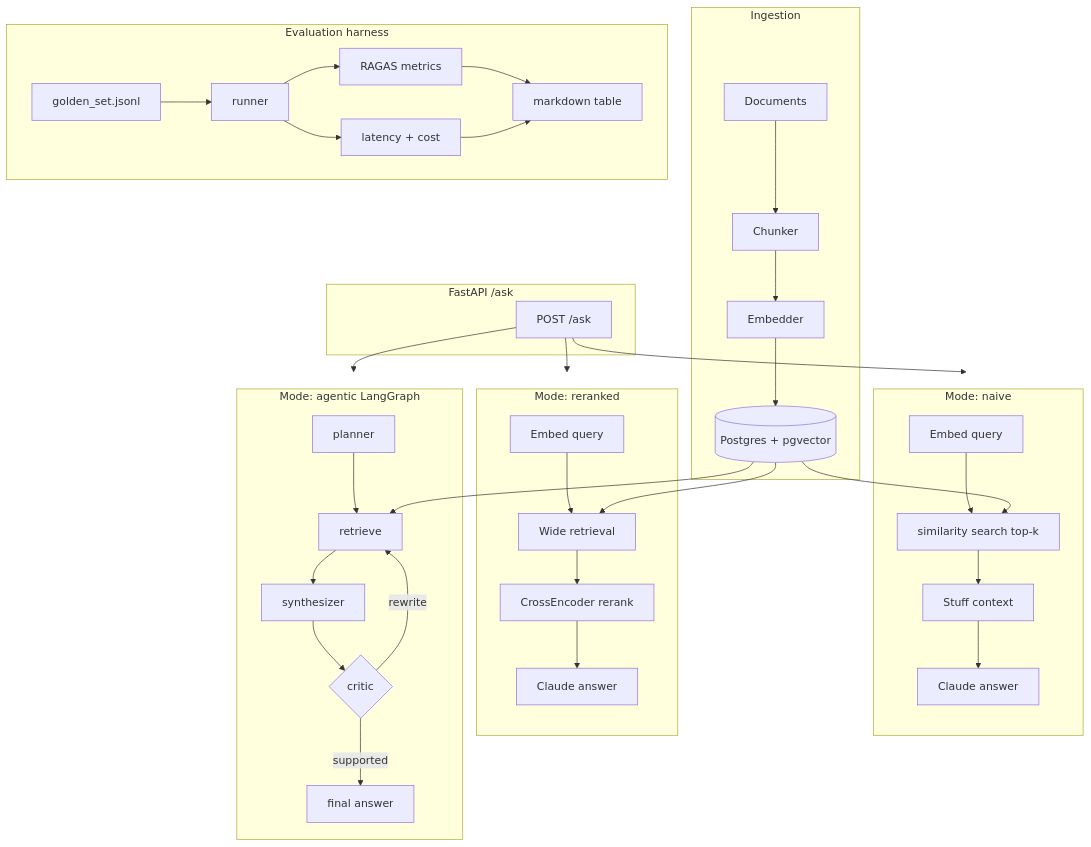
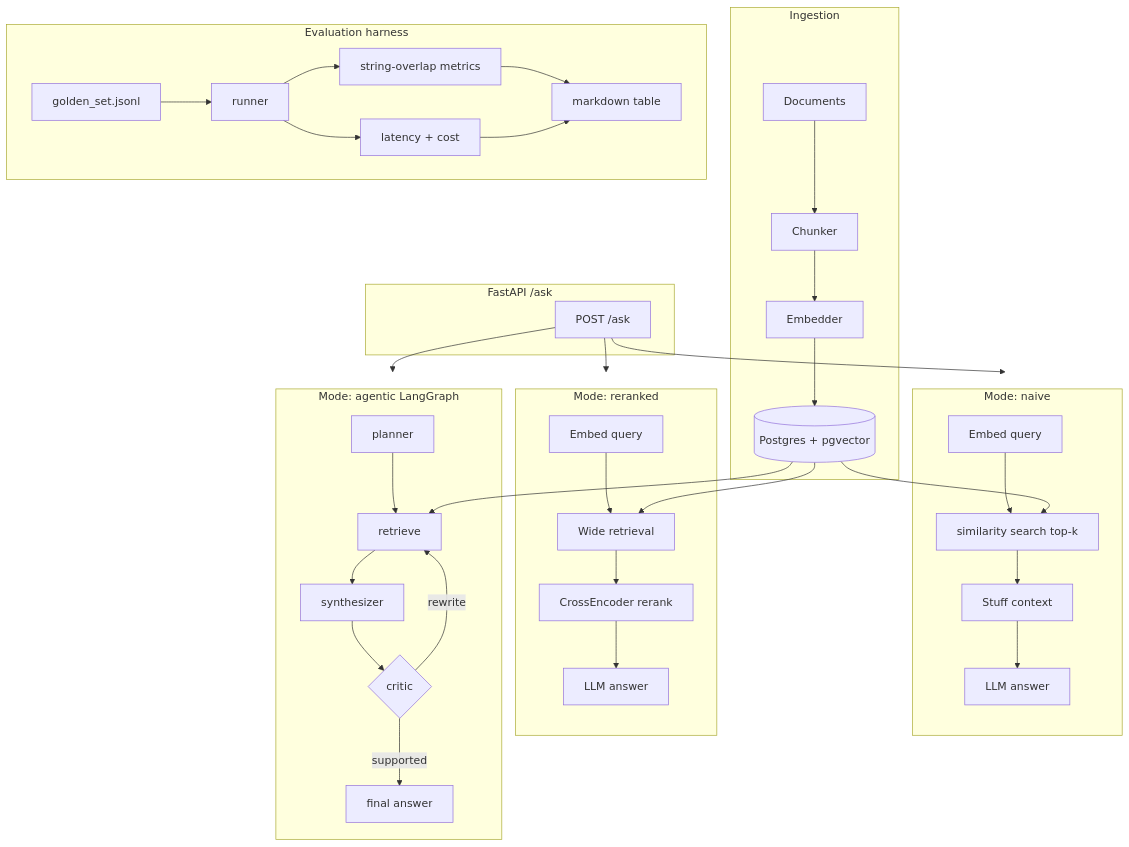
The diagram in README.md (vignesh230/agentic-rag-research-assistant), drawn with Mermaid before and after one commit. The commit also changed other lines of this file, not shown here.

Commit message:
Add CI badge, fix diagram labels, verify live API demo
CI badge points to existing GitHub Actions workflow. Mermaid diagram
updated: Claude answer -> LLM answer, RAGAS metrics -> string-overlap
metrics. API confirmed live: POST /ask returns grounded answer with
sources and latency from the vLLM paper.

````diff
--- a/README.md
+++ b/README.md
@@ -9,47 +11,47 @@
 ```mermaid
 flowchart TD
     subgraph Ingestion
         D[Documents] --> C[Chunker]
         C --> E[Embedder]
         E --> PG[(Postgres + pgvector)]
     end
 
     subgraph API[FastAPI /ask]
         REQ[POST /ask]
     end
 
     subgraph Naive[Mode: naive]
         N1[Embed query] --> N2[similarity search top-k]
         N2 --> N3[Stuff context]
-        N3 --> N4[Claude answer]
+        N3 --> N4[LLM answer]
     end
 
     subgraph Reranked[Mode: reranked]
         R1[Embed query] --> R2[Wide retrieval]
         R2 --> R3[CrossEncoder rerank]
-        R3 --> R4[Claude answer]
+        R3 --> R4[LLM answer]
     end
 
     subgraph Agentic[Mode: agentic LangGraph]
         A1[planner] --> A2[retrieve]
         A2 --> A3[synthesizer]
         A3 --> A4{critic}
         A4 -- supported --> A5[final answer]
         A4 -- rewrite --> A2
     end
 
     subgraph Eval[Evaluation harness]
         G[golden_set.jsonl] --> H[runner]
-        H --> I[RAGAS metrics]
+        H --> I[string-overlap metrics]
         H --> J[latency + cost]
         I --> K[markdown table]
         J --> K
     end
 
     PG --> N2
     PG --> R2
     PG --> A2
     REQ --> Naive
     REQ --> Reranked
     REQ --> Agentic
 ```
````
